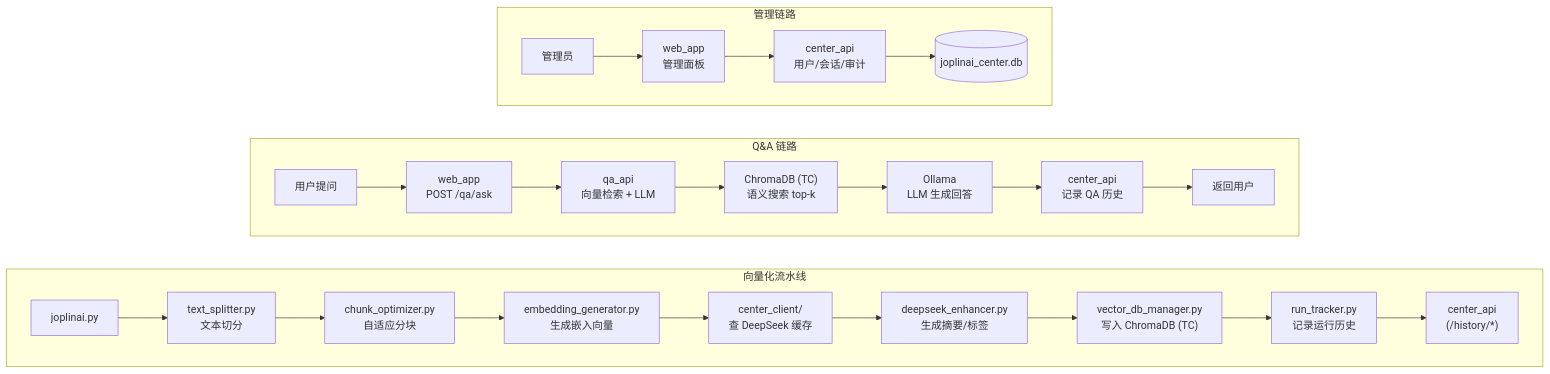
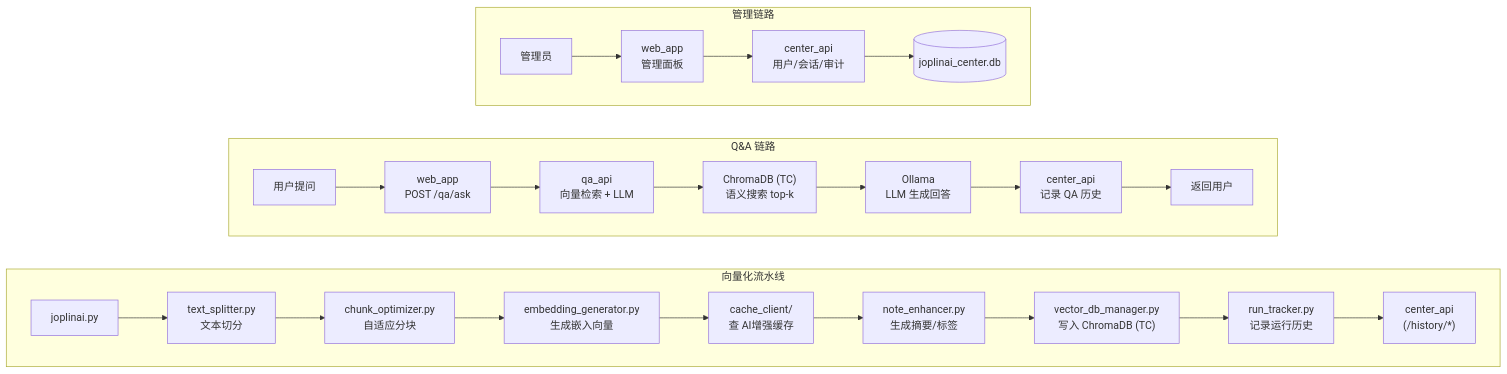
Before and after one commit to heart5/joplinai: the third of 10 diagrams in docs/TECHNICAL_MANUAL.md, drawn with Mermaid. The commit also changed other lines of this file and 16 other files, not shown here.

````diff
--- a/docs/TECHNICAL_MANUAL.md
+++ b/docs/TECHNICAL_MANUAL.md
@@ -158,31 +158,31 @@
 ```mermaid
 flowchart LR
     subgraph FLOW1["向量化流水线"]
         direction LR
         V1["joplinai.py"] --> V2["text_splitter.py<br/>文本切分"]
         V2 --> V3["chunk_optimizer.py<br/>自适应分块"]
         V3 --> V4["embedding_generator.py<br/>生成嵌入向量"]
-        V4 --> V5["center_client/<br/>查 DeepSeek 缓存"]
-        V5 --> V6["deepseek_enhancer.py<br/>生成摘要/标签"]
+        V4 --> V5["cache_client/<br/>查 AI增强缓存"]
+        V5 --> V6["note_enhancer.py<br/>生成摘要/标签"]
         V6 --> V7["vector_db_manager.py<br/>写入 ChromaDB (TC)"]
         V7 --> V8["run_tracker.py<br/>记录运行历史"]
         V8 --> V9["center_api<br/>(/history/*)"]
     end
 
     subgraph FLOW2["Q&A 链路"]
         direction LR
         Q1["用户提问"] --> Q2["web_app<br/>POST /qa/ask"]
         Q2 --> Q3["qa_api<br/>向量检索 + LLM"]
         Q3 --> Q4["ChromaDB (TC)<br/>语义搜索 top-k"]
         Q4 --> Q5["Ollama<br/>LLM 生成回答"]
         Q5 --> Q6["center_api<br/>记录 QA 历史"]
         Q6 --> Q7["返回用户"]
     end
 
     subgraph FLOW3["管理链路"]
         direction LR
         M1["管理员"] --> M2["web_app<br/>管理面板"]
         M2 --> M3["center_api<br/>用户/会话/审计"]
         M3 --> M4[("joplinai_center.db")]
     end
 ```
````
